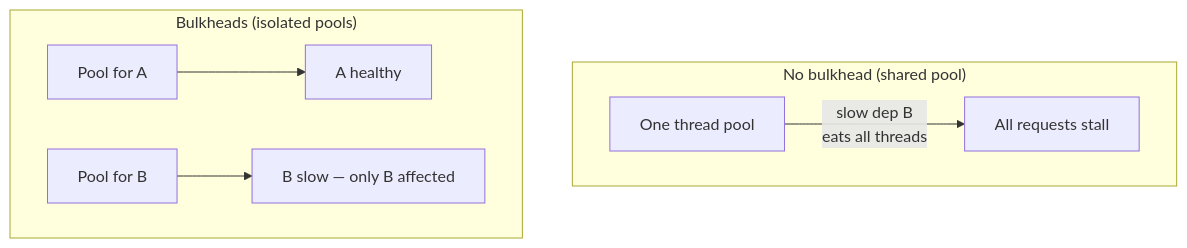
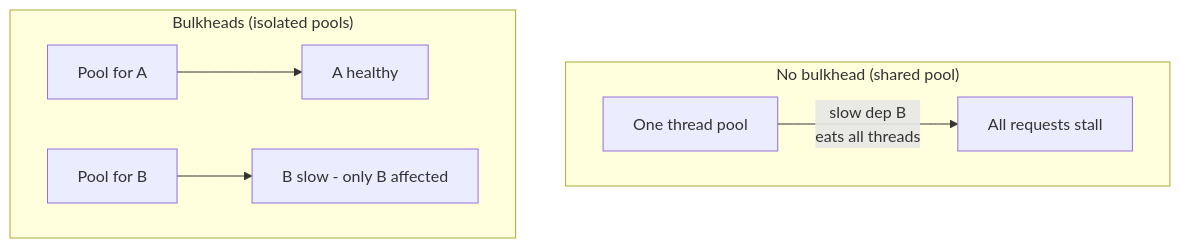
One commit to b-balakrishna/system-design changed the diagram in phase-4-distributed-systems/topic-29-bulkheads.md. Above: the diagram before and after it, drawn with Mermaid. The commit also changed other lines of this file and 165 other files, not shown here.

Commit message:
feat: add comprehensive system design documentation covering foundations, backend, frontend, distributed systems, and AI/ML architectures

````diff
--- a/phase-4-distributed-systems/topic-29-bulkheads.md
+++ b/phase-4-distributed-systems/topic-29-bulkheads.md
@@ -9,10 +9,10 @@
 ```mermaid
 flowchart TB
     subgraph NoBulkhead["No bulkhead (shared pool)"]
         ALL[One thread pool] -->|slow dep B<br/>eats all threads| DEAD[All requests stall]
     end
     subgraph Bulkhead["Bulkheads (isolated pools)"]
         PA[Pool for A] --> SA[A healthy]
-        PB[Pool for B] --> SB[B slow — only B affected]
+        PB[Pool for B] --> SB[B slow  -  only B affected]
     end
 ```
````
